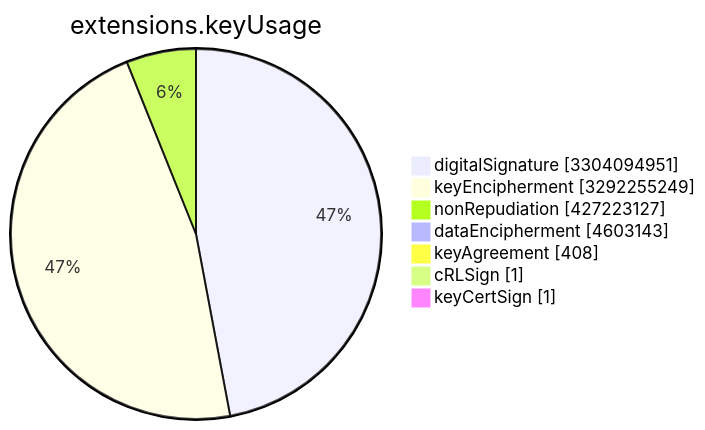
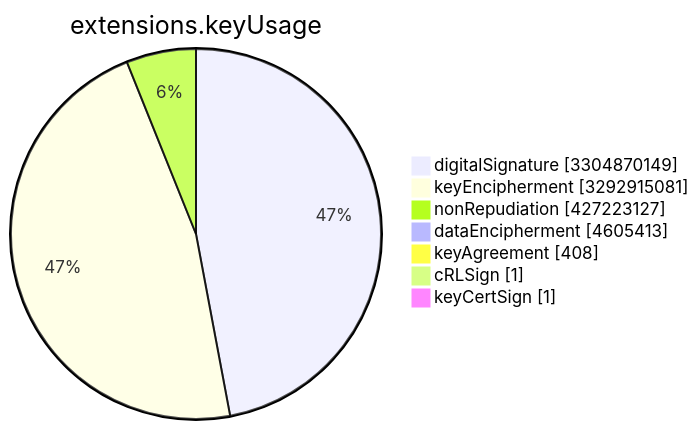
Before and after one commit to christiankrug/ctmonitor_visualization: the sixth of 15 diagrams in TOTAL/README.md, drawn with Mermaid. The commit also changed other lines of this file, not shown here.

````diff
--- a/TOTAL/README.md
+++ b/TOTAL/README.md
@@ -3078,11 +3078,11 @@
 ```mermaid
 pie showData
 title extensions.keyUsage
-"digitalSignature" :3304094951
-"keyEncipherment" :3292255249
+"digitalSignature" :3304870149
+"keyEncipherment" :3292915081
 "nonRepudiation" :427223127
-"dataEncipherment" :4603143
+"dataEncipherment" :4605413
 "keyAgreement" :408
 "cRLSign" :1
 "keyCertSign" :1
 ```
````
